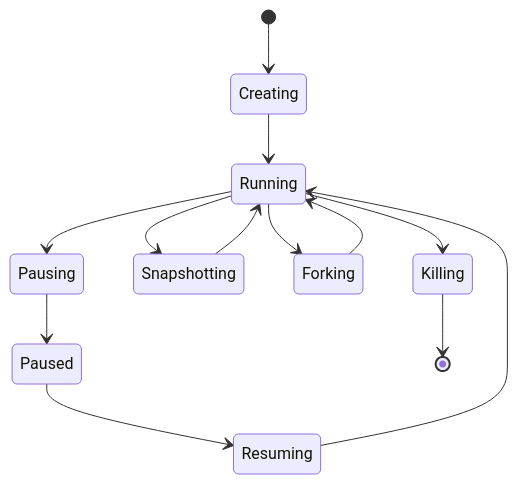
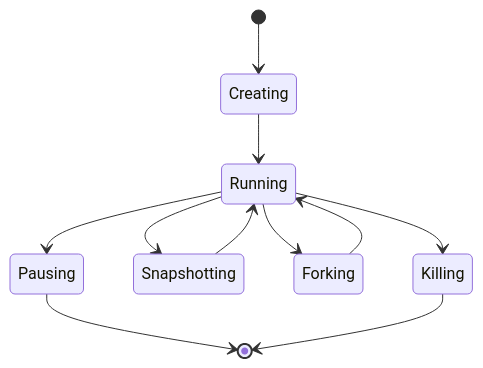
Before and after one commit to suixinio/AgentENV: the first of 2 diagrams in docs/src/concepts/sandboxes.md, drawn with Mermaid. The commit also changed other lines of this file and 12 other files, not shown here.

````diff
--- a/docs/src/concepts/sandboxes.md
+++ b/docs/src/concepts/sandboxes.md
@@ -9,15 +9,13 @@
 ```mermaid
 stateDiagram-v2
     [*] --> Creating
     Creating --> Running
     Running --> Pausing
-    Pausing --> Paused
-    Paused --> Resuming
-    Resuming --> Running
+    Pausing --> [*]
     Running --> Snapshotting
     Snapshotting --> Running
     Running --> Forking
     Forking --> Running
     Running --> Killing
     Killing --> [*]
 ```
````
